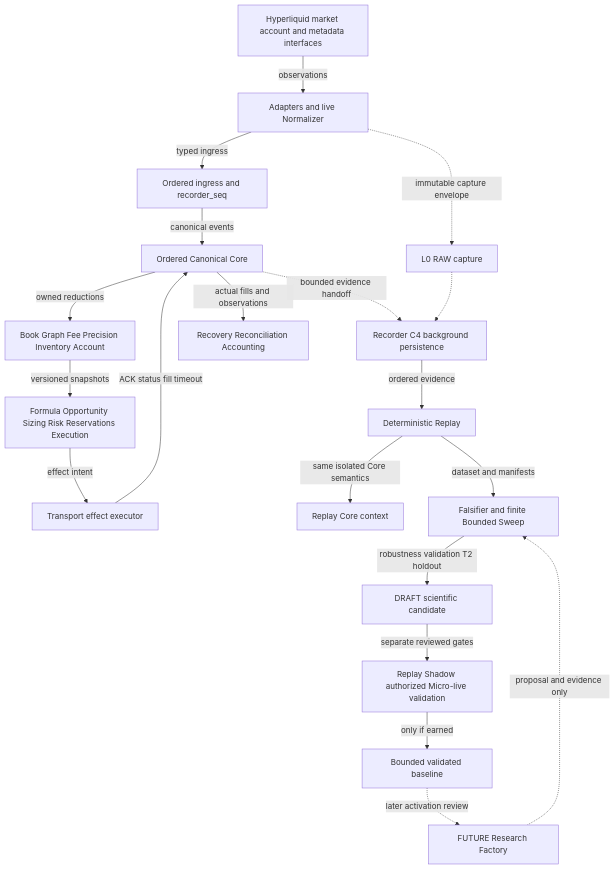
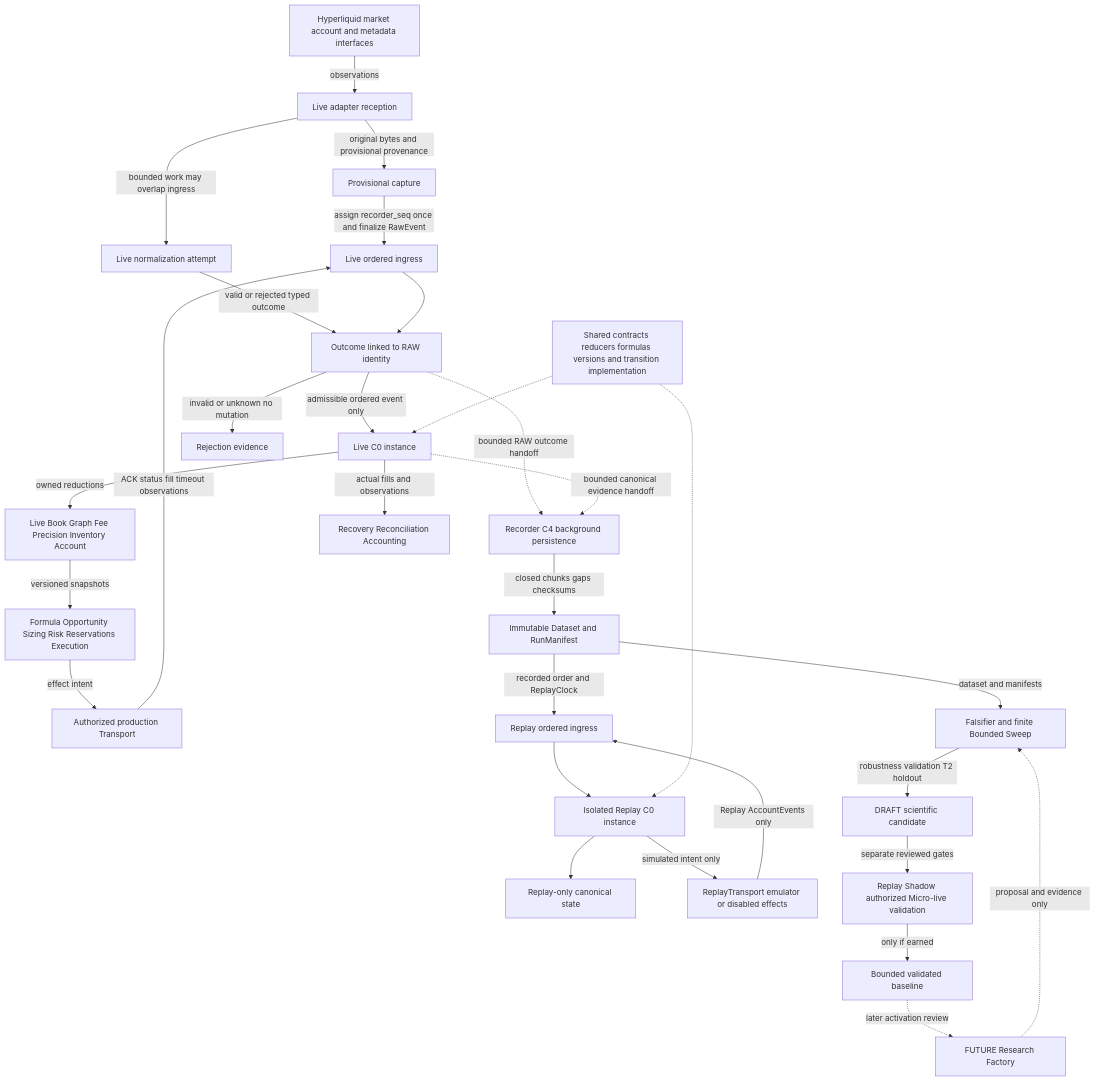
Before and after one commit to Insular2895/hyperliquid-arbitrage-bot: the first of 5 diagrams in docs_v2/_analysis/f2_final_integration/F2_ARCHITECTURE_DIAGRAM_ATLAS.md, drawn with Mermaid. The commit also changed other lines of this file and 7 other files, not shown here.

Commit message:
docs: finalize prompt 1 replay and raw corrections

````diff
--- a/docs_v2/_analysis/f2_final_integration/F2_ARCHITECTURE_DIAGRAM_ATLAS.md
+++ b/docs_v2/_analysis/f2_final_integration/F2_ARCHITECTURE_DIAGRAM_ATLAS.md
@@ -23,24 +23,35 @@
 ```mermaid
 flowchart TB
-    HL["Hyperliquid market account and metadata interfaces"] -->|observations| AD["Adapters and live Normalizer"]
-    AD -->|typed ingress| IN["Ordered ingress and recorder_seq"]
-    IN -->|canonical events| C0["Ordered Canonical Core"]
-    AD -.->|immutable capture envelope| RAW["L0 RAW capture"]
-    C0 -.->|bounded evidence handoff| REC["Recorder C4 background persistence"]
-    RAW -.-> REC
+    HL["Hyperliquid market account and metadata interfaces"] -->|observations| AD["Live adapter reception"]
+    AD -->|original bytes and provisional provenance| PC["Provisional capture"]
+    AD -->|bounded work may overlap ingress| NN["Live normalization attempt"]
+    PC -->|assign recorder_seq once and finalize RawEvent| IN["Live ordered ingress"]
+    NN -->|valid or rejected typed outcome| JO["Outcome linked to RAW identity"]
+    IN --> JO
+    JO -->|admissible ordered event only| C0["Live C0 instance"]
+    JO -->|invalid or unknown no mutation| RJ["Rejection evidence"]
+    JO -.->|bounded RAW outcome handoff| REC["Recorder C4 background persistence"]
+    C0 -.->|bounded canonical evidence handoff| REC
 
-    C0 -->|owned reductions| TR["Book Graph Fee Precision Inventory Account"]
+    C0 -->|owned reductions| TR["Live Book Graph Fee Precision Inventory Account"]
     TR -->|versioned snapshots| DEC["Formula Opportunity Sizing Risk Reservations Execution"]
-    DEC -->|effect intent| EX["Transport effect executor"]
-    EX -->|ACK status fill timeout| C0
+    DEC -->|effect intent| EX["Authorized production Transport"]
+    EX -->|ACK status fill timeout observations| IN
     C0 -->|actual fills and observations| RR["Recovery Reconciliation Accounting"]
 
-    REC -->|ordered evidence| RP["Deterministic Replay"]
-    RP -->|same isolated Core semantics| C0R["Replay Core context"]
-    RP -->|dataset and manifests| FS["Falsifier and finite Bounded Sweep"]
+    REC -->|closed chunks gaps checksums| DS["Immutable Dataset and RunManifest"]
+    DS -->|recorded order and ReplayClock| RI["Replay ordered ingress"]
+    RI --> C0R["Isolated Replay C0 instance"]
+    C0R --> RST["Replay-only canonical state"]
+    C0R -->|simulated intent only| RTX["ReplayTransport emulator or disabled effects"]
+    RTX -->|Replay AccountEvents only| RI
+    SH["Shared contracts reducers formulas versions and transition implementation"] -.-> C0
+    SH -.-> C0R
+
+    DS -->|dataset and manifests| FS["Falsifier and finite Bounded Sweep"]
     FS -->|robustness validation T2 holdout| SC["DRAFT scientific candidate"]
     SC -->|separate reviewed gates| VG["Replay Shadow authorized Micro-live validation"]
     VG -->|only if earned| BL["Bounded validated baseline"]
     BL -.->|later activation review| RF["FUTURE Research Factory"]
     RF -.->|proposal and evidence only| FS
 ```
````
